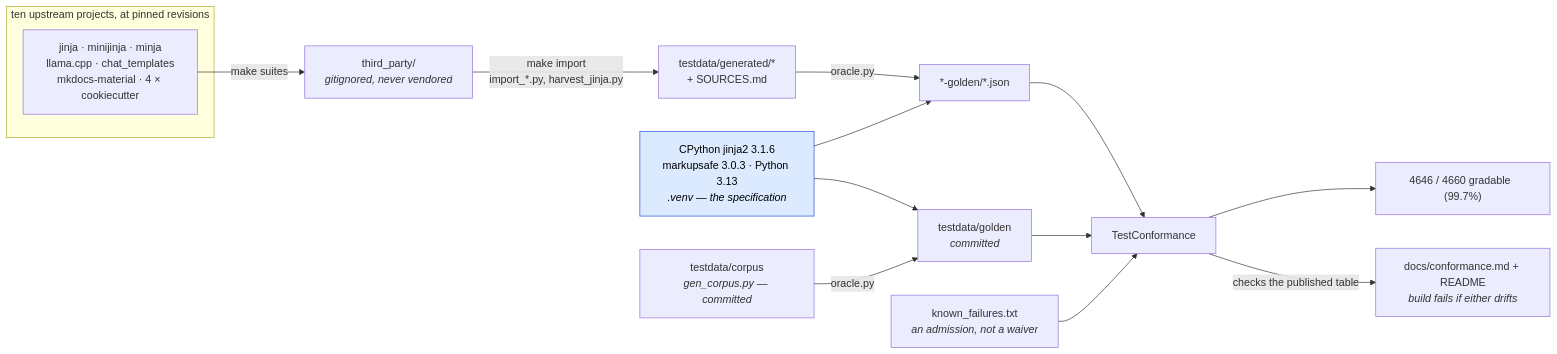
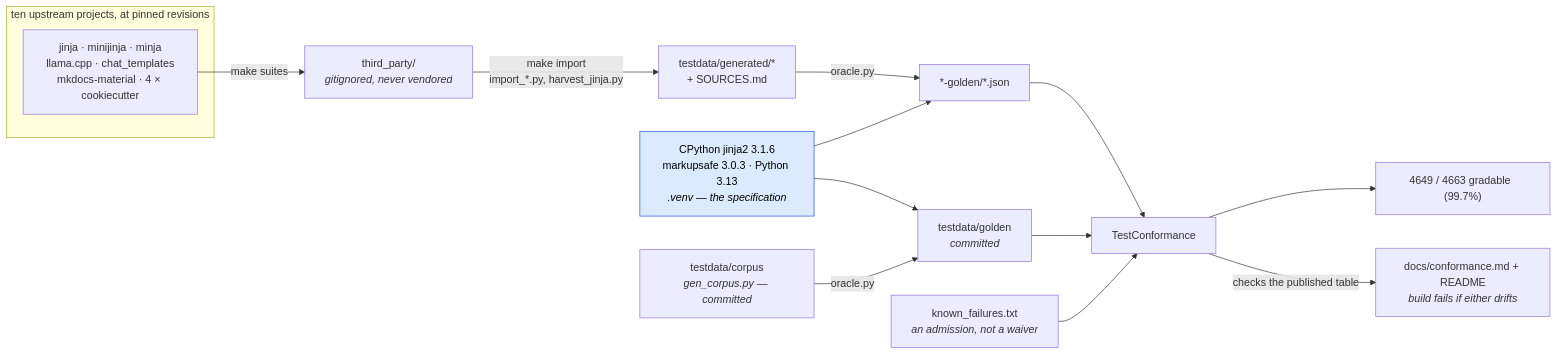
One commit to mgilbir/gojja2 changed the first of 2 diagrams in docs/conformance.md. Above: the diagram before and after it, drawn with Mermaid. The commit also changed other lines of this file and 15 other files, not shown here.

````diff
--- a/docs/conformance.md
+++ b/docs/conformance.md
@@ -17,24 +17,24 @@
 ```mermaid
 flowchart LR
     subgraph up["ten upstream projects, at pinned revisions"]
         U1["jinja · minijinja · minja<br/>llama.cpp · chat_templates<br/>mkdocs-material · 4 × cookiecutter"]
     end
     U1 -->|"make suites"| TP["third_party/<br/><i>gitignored, never vendored</i>"]
     TP -->|"make import<br/>import_*.py, harvest_jinja.py"| GEN["testdata/generated/*<br/>+ SOURCES.md"]
 
     ORA["CPython jinja2 3.1.6<br/>markupsafe 3.0.3 · Python 3.13<br/><i>.venv — the specification</i>"]
     GEN -->|"oracle.py"| G2["*-golden/*.json"]
     ORA --> G2
 
     OWN["testdata/corpus<br/><i>gen_corpus.py — committed</i>"] -->|"oracle.py"| G1["testdata/golden<br/><i>committed</i>"]
     ORA --> G1
 
     G1 --> TC["TestConformance"]
     G2 --> TC
     KF["known_failures.txt<br/><i>an admission, not a waiver</i>"] --> TC
-    TC --> RATE["4646 / 4660 gradable  (99.7%)"]
+    TC --> RATE["4649 / 4663 gradable  (99.7%)"]
     TC -->|"checks the published table"| RM["docs/conformance.md + README<br/><i>build fails if either drifts</i>"]
 
     classDef spec fill:#dbeafe,stroke:#1d4ed8,color:#000
     class ORA spec
 ```
````
